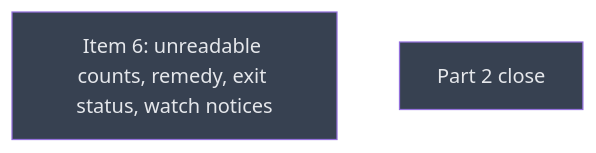
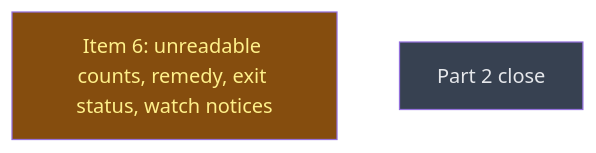
The diagram in __roadmap__/v0214-sandbox/part1/close/part2/api/cli/README.md (LittleCoinCoin/hypomnesis), drawn with Mermaid before and after one commit. The commit also changed other lines of this file and 1 other file, not shown here.

Commit message:
docs(roadmap): gpu_process_listing done; ps_watch_unreadable in progress
Integrated by fast-forward into v0214-part2 (3583ad1, e7d6c2d on
8519f1a) after its spec and test reviews, the A7 round and its delta
verification.

````diff
--- a/__roadmap__/v0214-sandbox/part1/close/part2/api/cli/README.md
+++ b/__roadmap__/v0214-sandbox/part1/close/part2/api/cli/README.md
@@ -16,10 +16,10 @@
 ```mermaid
 graph TD
-    ps_watch_unreadable[Item 6: unreadable counts, remedy, exit status, watch notices]:::planned
+    ps_watch_unreadable[Item 6: unreadable counts, remedy, exit status, watch notices]:::inprogress
     close[Part 2 close]:::planned
     classDef done       fill:#166534,color:#bbf7d0
     classDef inprogress fill:#854d0e,color:#fef08a
     classDef planned    fill:#374151,color:#e5e7eb
     classDef amendment  fill:#1e3a5f,color:#bfdbfe
     classDef blocked    fill:#7f1d1d,color:#fecaca
 ```
````
